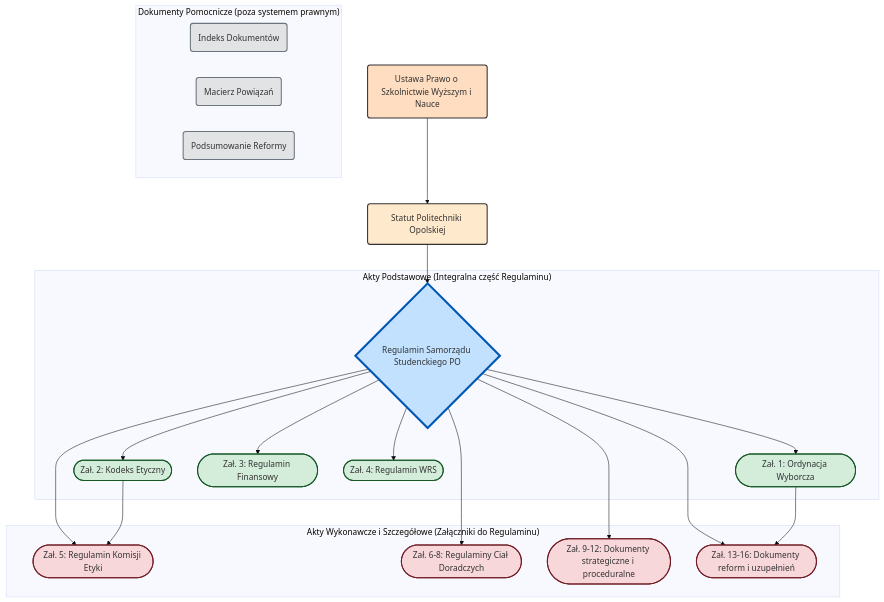
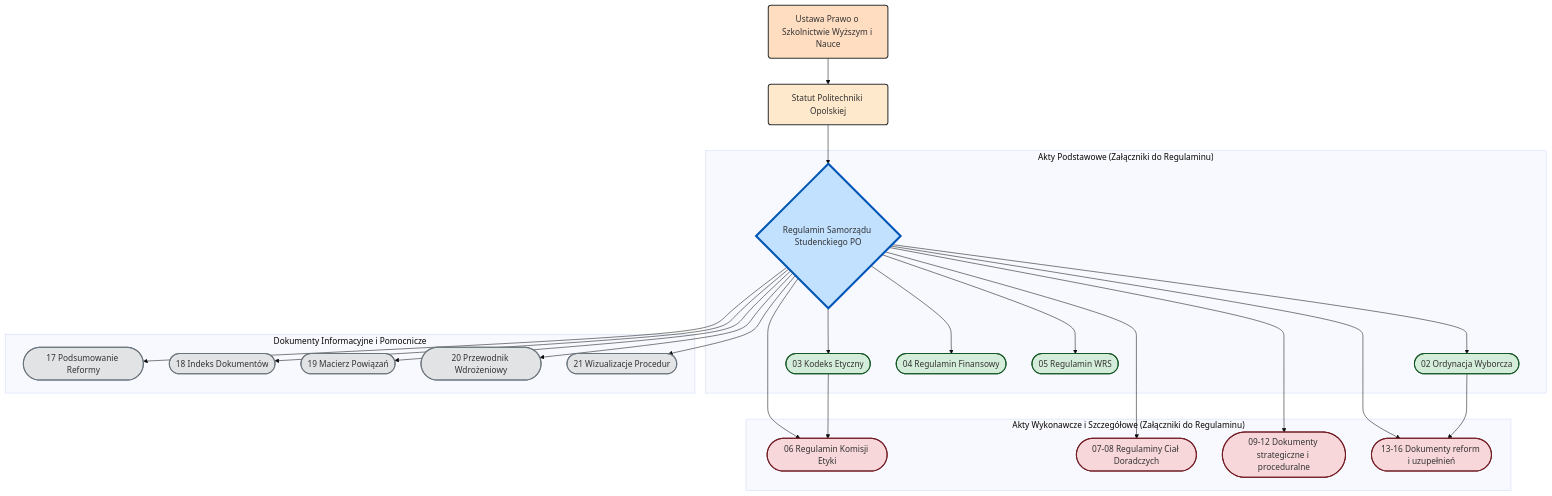
One commit to lkolo-prez/regulamin-v3 changed the fourth of 7 diagrams in 21-procedury-wizualizacje.md. Above: the diagram before and after it, drawn with Mermaid (base theme). The commit also changed other lines of this file and 21 other files, not shown here.

````diff
--- a/21-procedury-wizualizacje.md
+++ b/21-procedury-wizualizacje.md
@@ -90,43 +125,56 @@
 ```mermaid
 graph TD
     A(Ustawa Prawo o Szkolnictwie Wyższym i Nauce) --> B(Statut Politechniki Opolskiej);
     B --> C{Regulamin Samorządu Studenckiego PO};
     
-    subgraph "Akty Podstawowe (Integralna część Regulaminu)"
-        C --> D1([Zał. 1: Ordynacja Wyborcza]);
-        C --> D2([Zał. 2: Kodeks Etyczny]);
-        C --> D3([Zał. 3: Regulamin Finansowy]);
-        C --> D4([Zał. 4: Regulamin WRS]);
+    subgraph "Akty Podstawowe (Załączniki do Regulaminu)"
+        C --> D1([02 Ordynacja Wyborcza]);
+        C --> D2([03 Kodeks Etyczny]);
+        C --> D3([04 Regulamin Finansowy]);
+        C --> D4([05 Regulamin WRS]);
     end
 
     subgraph "Akty Wykonawcze i Szczegółowe (Załączniki do Regulaminu)"
-        C --> E1([Zał. 5: Regulamin Komisji Etyki]);
-        C --> E2([Zał. 6-8: Regulaminy Ciał Doradczych]);
-        C --> E3([Zał. 9-12: Dokumenty strategiczne i proceduralne]);
-        C --> E4([Zał. 13-16: Dokumenty reform i uzupełnień]);
+        C --> E1([06 Regulamin Komisji Etyki]);
+        C --> E2([07-08 Regulaminy Ciał Doradczych]);
+        C --> E3([09-12 Dokumenty strategiczne i proceduralne]);
+        C --> E4([13-16 Dokumenty reform i uzupełnień]);
     end
 
-    subgraph "Dokumenty Pomocnicze (poza systemem prawnym)"
-        F1(Indeks Dokumentów);
-        F2(Macierz Powiązań);
-        F3(Podsumowanie Reformy);
+    subgraph "Dokumenty Informacyjne i Pomocnicze"
+        C --> F1([17 Podsumowanie Reformy]);
+        C --> F2([18 Indeks Dokumentów]);
+        C --> F3([19 Macierz Powiązań]);
+        C --> F4([20 Przewodnik Wdrożeniowy]);
+        C --> F5([21 Wizualizacje Procedur]);
     end
 
     D1 --> E4;
     D2 --> E1;
+
+    click C "./01-regulamin-sspo.md" "Zobacz Regulamin SSPO"
+    click D1 "./02-ordynacja-wyborcza.md" "Zobacz Ordynację Wyborczą"
+    click D2 "./03-kodeks-etyczny.md" "Zobacz Kodeks Etyczny"
+    click D3 "./04-regulamin-finansowy.md" "Zobacz Regulamin Finansowy"
+    click D4 "./05-regulamin-wrs.md" "Zobacz Regulamin WRS"
+    click E1 "./06-regulamin-komisji-etyki.md" "Zobacz Regulamin Komisji Etyki"
+    click F4 "./20-przewodnik-wdrozeniowy.md" "Zobacz Przewodnik"
+    click F5 "./21-procedury-wizualizacje.md" "Zobacz Wizualizacje"
 
     style A fill:#FFDDC1,stroke:#333,stroke-width:2px
     style B fill:#FFE9CC,stroke:#333,stroke-width:2px
     style C fill:#C1E1FF,stroke:#0056b3,stroke-width:4px
     style D1 fill:#D4EDDA,stroke:#155724,stroke-width:2px
     style D2 fill:#D4EDDA,stroke:#155724,stroke-width:2px
     style D3 fill:#D4EDDA,stroke:#155724,stroke-width:2px
     style D4 fill:#D4EDDA,stroke:#155724,stroke-width:2px
     style E1 fill:#F8D7DA,stroke:#721c24,stroke-width:2px
     style E2 fill:#F8D7DA,stroke:#721c24,stroke-width:2px
     style E3 fill:#F8D7DA,stroke:#721c24,stroke-width:2px
     style E4 fill:#F8D7DA,stroke:#721c24,stroke-width:2px
     style F1 fill:#E2E3E5,stroke:#6c757d,stroke-width:2px
     style F2 fill:#E2E3E5,stroke:#6c757d,stroke-width:2px
     style F3 fill:#E2E3E5,stroke:#6c757d,stroke-width:2px
+    style F4 fill:#E2E3E5,stroke:#6c757d,stroke-width:2px
+    style F5 fill:#E2E3E5,stroke:#6c757d,stroke-width:2px
 ```
````
